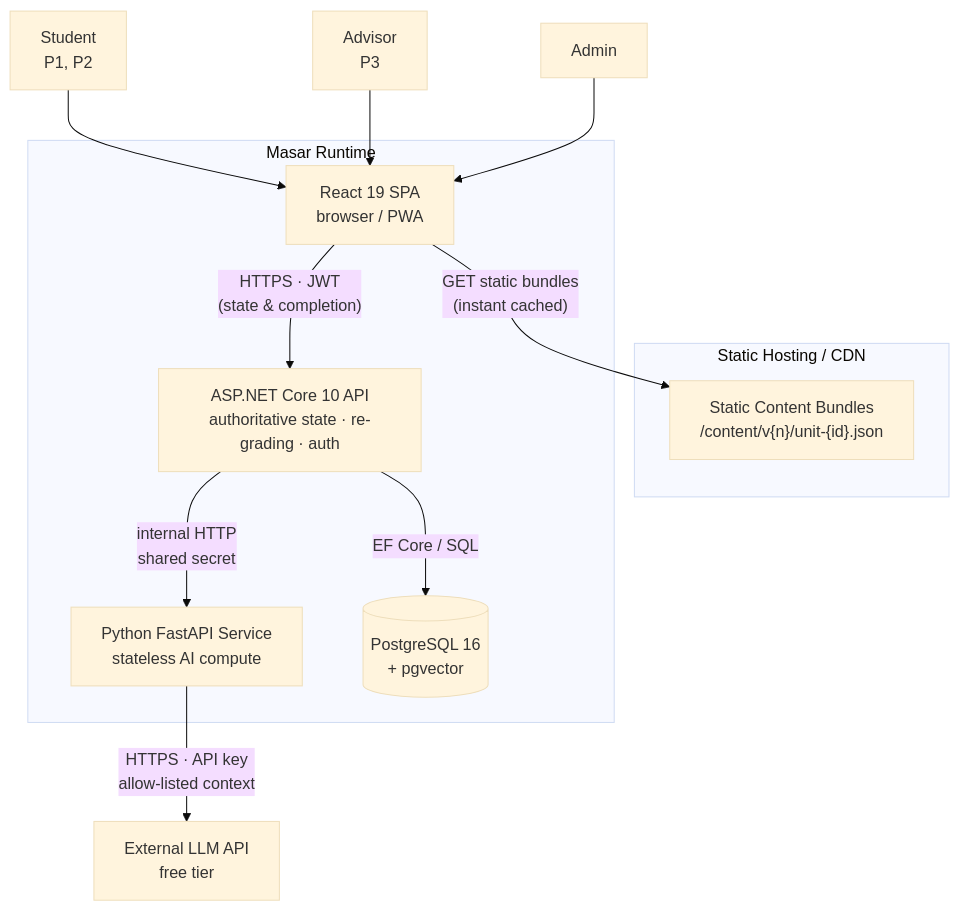
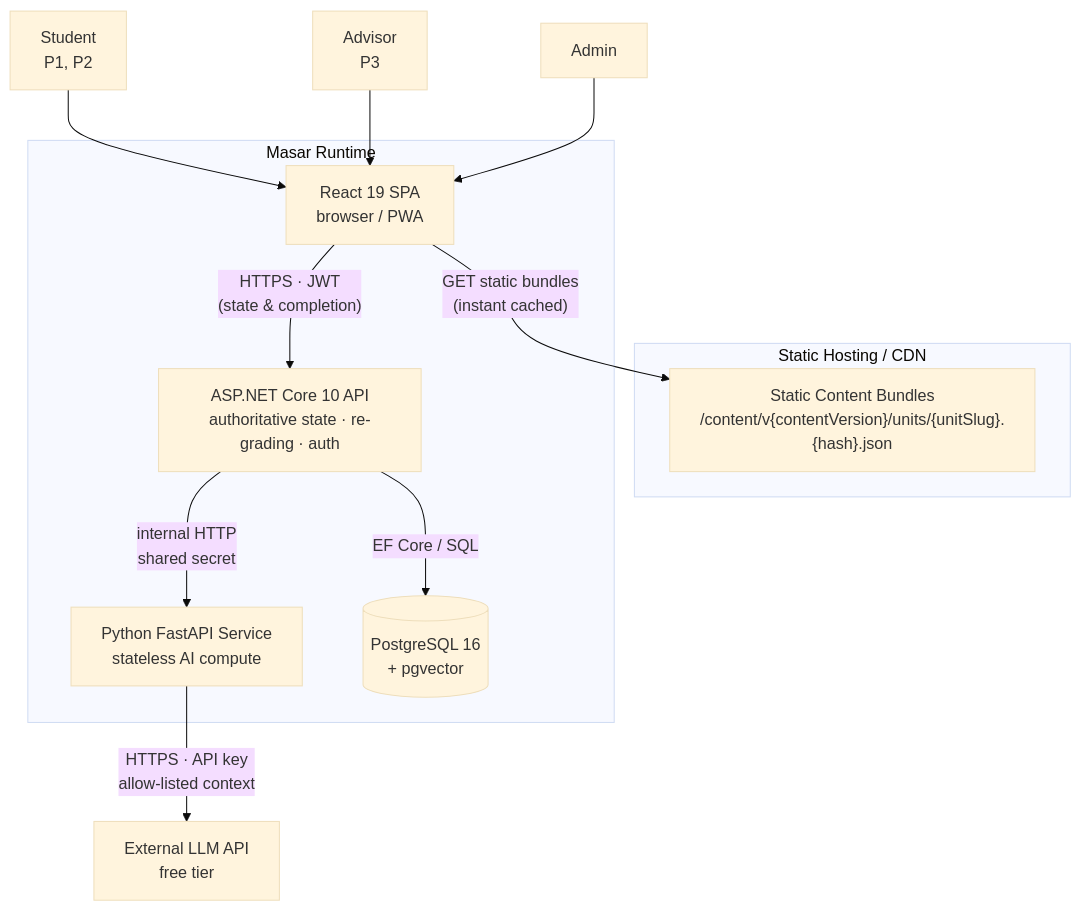
One commit to Masar-SCU/Masar changed the first of 8 diagrams in docs/03-architecture.md. Above: the diagram before and after it, drawn with Mermaid (base theme). The commit also changed other lines of this file and 19 other files, not shown here.

````diff
--- a/docs/03-architecture.md
+++ b/docs/03-architecture.md
@@ -43,29 +43,29 @@
 ```mermaid
 flowchart TB
     STU["Student<br/>P1, P2"]
     ADV["Advisor<br/>P3"]
     ADM["Admin"]
 
     subgraph CDN["Static Hosting / CDN"]
-        BUNDLES["Static Content Bundles<br/>/content/v{n}/unit-{id}.json"]
+        BUNDLES["Static Content Bundles<br/>/content/v{contentVersion}/units/{unitSlug}.{hash}.json"]
     end
 
     subgraph MASAR["Masar Runtime"]
         WEB["React 19 SPA<br/>browser / PWA"]
         API["ASP.NET Core 10 API<br/>authoritative state · re-grading · auth"]
         AISVC["Python FastAPI Service<br/>stateless AI compute"]
         DB[("PostgreSQL 16<br/>+ pgvector")]
     end
 
     LLM["External LLM API<br/>free tier"]
 
     STU --> WEB
     ADV --> WEB
     ADM --> WEB
 
     WEB -->|"GET static bundles<br/>(instant cached)"| BUNDLES
     WEB -->|"HTTPS · JWT<br/>(state & completion)"| API
     API -->|"EF Core / SQL"| DB
     API -->|"internal HTTP<br/>shared secret"| AISVC
     AISVC -->|"HTTPS · API key<br/>allow-listed context"| LLM
 ```
````
